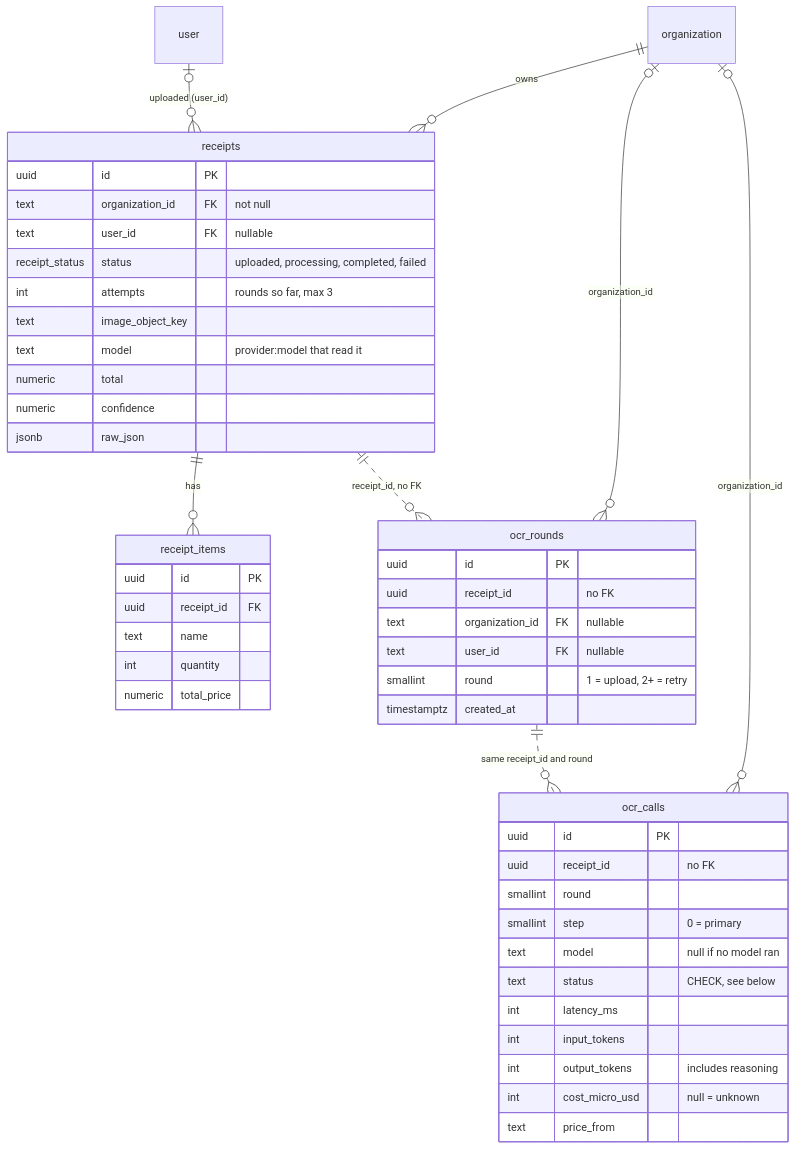
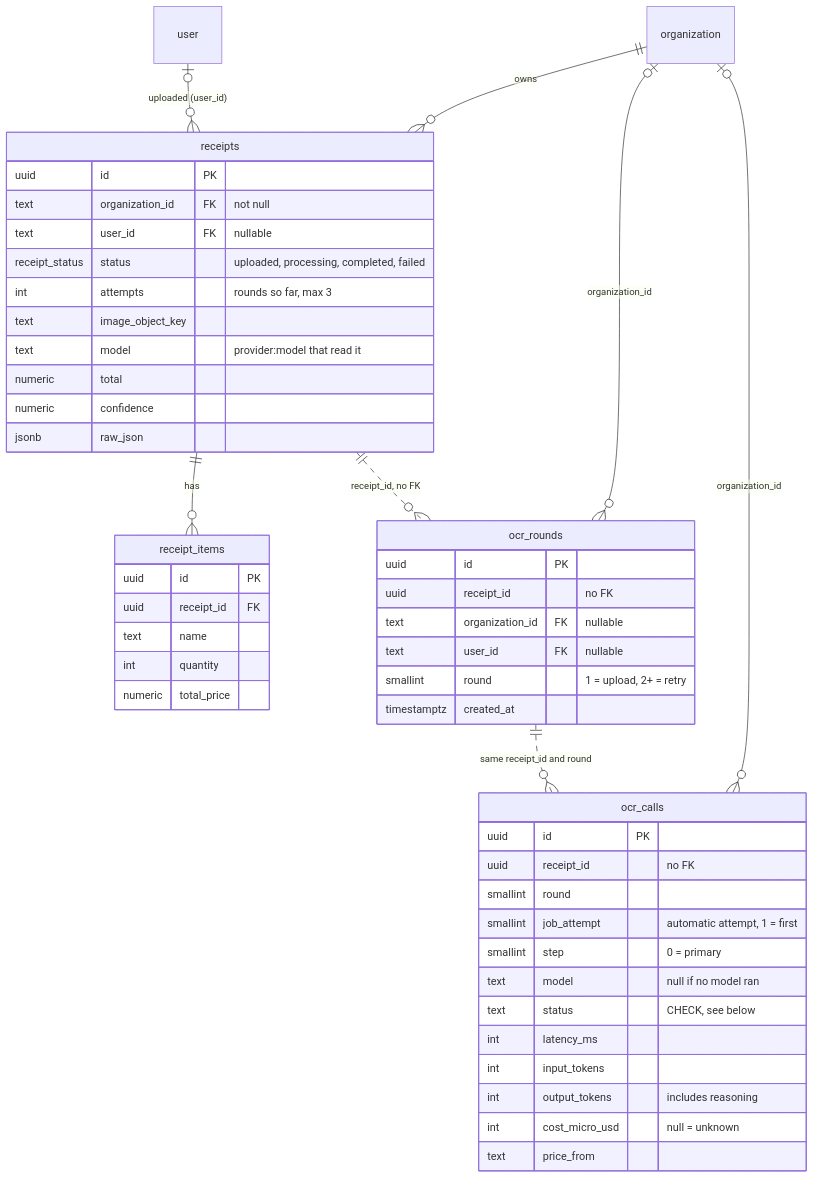
Before and after one commit to bhimrazy/receipt-ocr-app: the second of 4 diagrams in docs/architecture/data-model.md, drawn with Mermaid. The commit also changed other lines of this file and 8 other files, not shown here.

Commit message:
docs: architecture for the job queue; status after the review round

````diff
--- a/docs/architecture/data-model.md
+++ b/docs/architecture/data-model.md
@@ -84,51 +84,52 @@
 ```mermaid
 erDiagram
   organization ||--o{ receipts : "owns"
   user |o--o{ receipts : "uploaded (user_id)"
   receipts ||--o{ receipt_items : "has"
   receipts ||..o{ ocr_rounds : "receipt_id, no FK"
   ocr_rounds ||..o{ ocr_calls : "same receipt_id and round"
   organization |o--o{ ocr_rounds : "organization_id"
   organization |o--o{ ocr_calls : "organization_id"
 
   receipts {
     uuid id PK
     text organization_id FK "not null"
     text user_id FK "nullable"
     receipt_status status "uploaded, processing, completed, failed"
     int attempts "rounds so far, max 3"
     text image_object_key
     text model "provider:model that read it"
     numeric total
     numeric confidence
     jsonb raw_json
   }
   receipt_items {
     uuid id PK
     uuid receipt_id FK
     text name
     int quantity
     numeric total_price
   }
   ocr_rounds {
     uuid id PK
     uuid receipt_id "no FK"
     text organization_id FK "nullable"
     text user_id FK "nullable"
     smallint round "1 = upload, 2+ = retry"
     timestamptz created_at
   }
   ocr_calls {
     uuid id PK
     uuid receipt_id "no FK"
     smallint round
+    smallint job_attempt "automatic attempt, 1 = first"
     smallint step "0 = primary"
     text model "null if no model ran"
     text status "CHECK, see below"
     int latency_ms
     int input_tokens
     int output_tokens "includes reasoning"
     int cost_micro_usd "null = unknown"
     text price_from
   }
 ```
````
